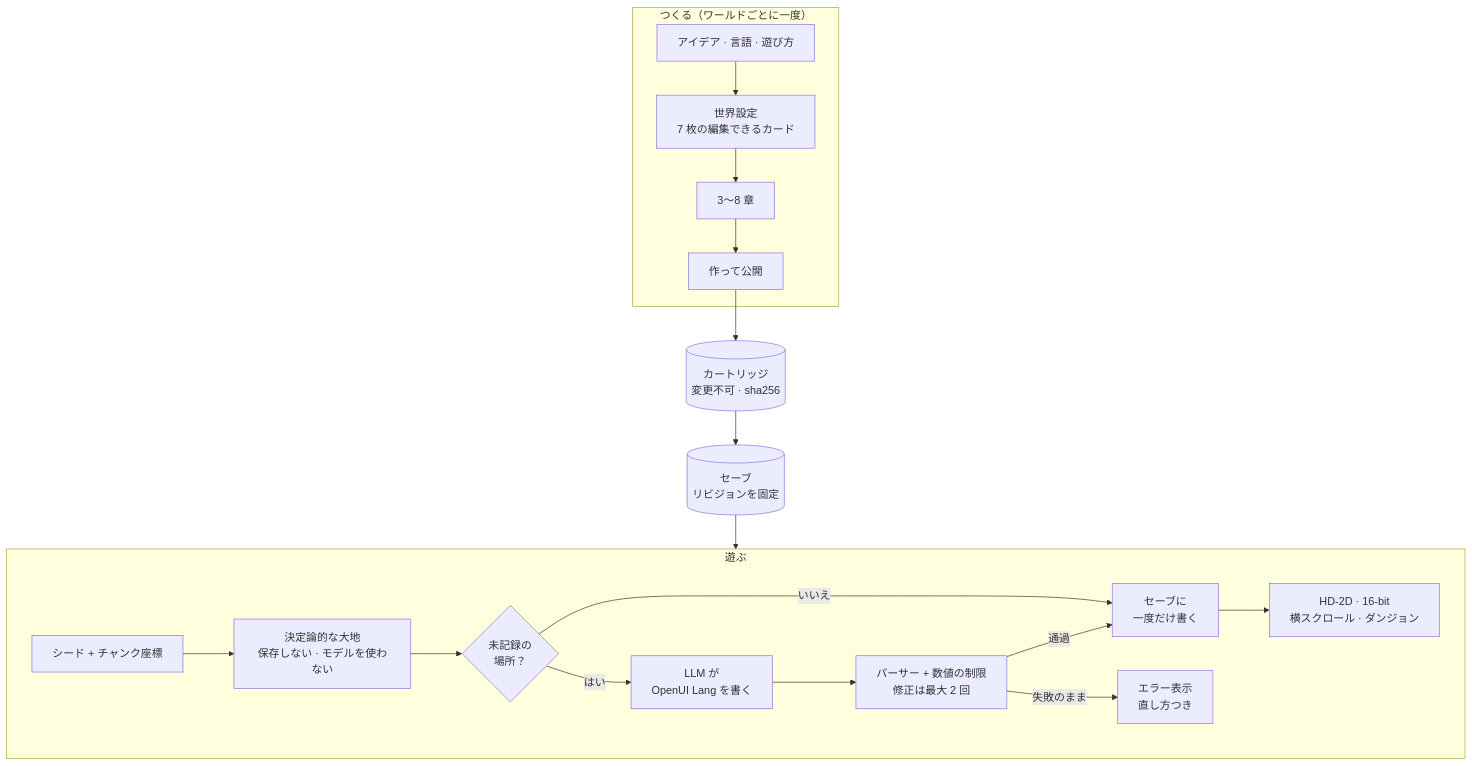
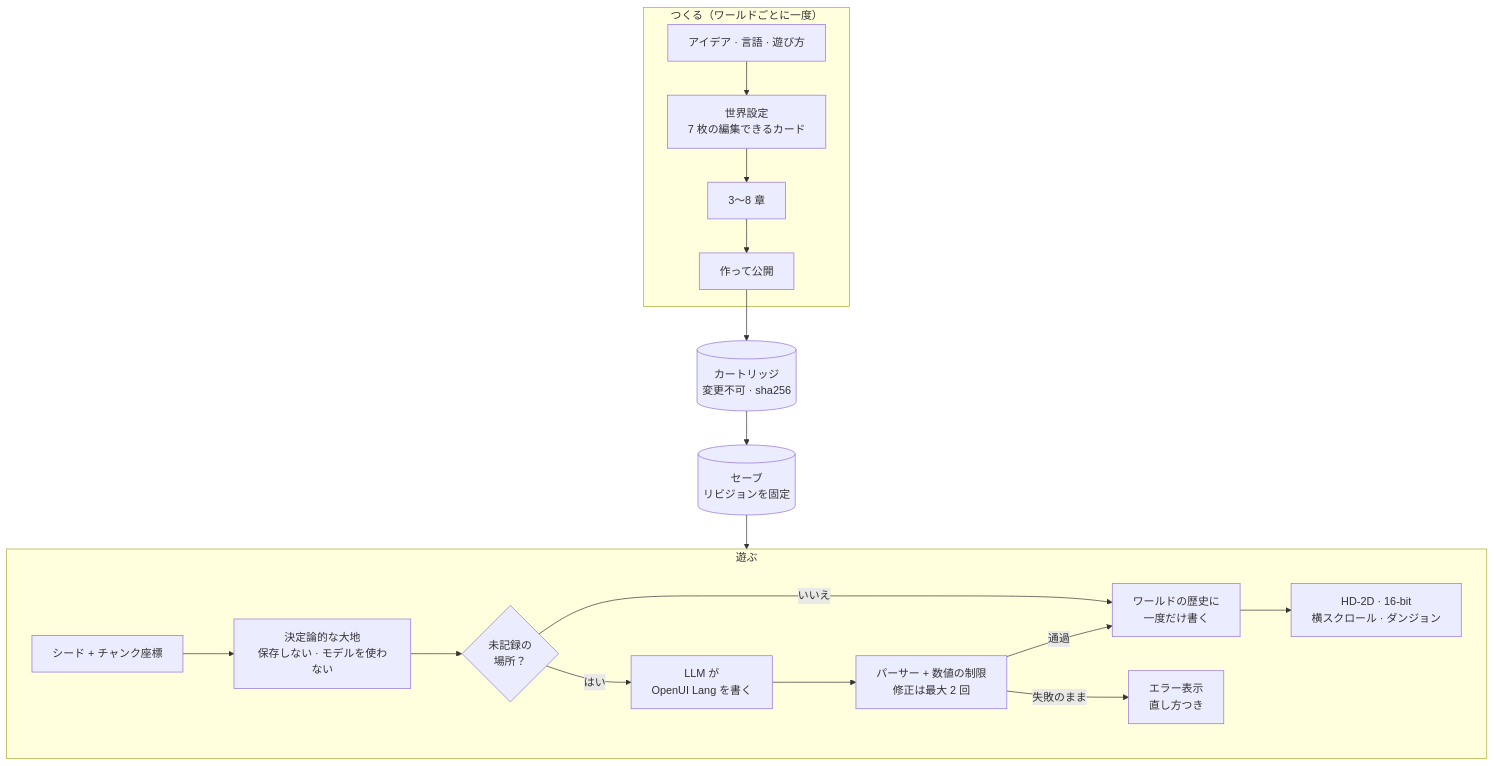
One commit to p2p-solidarity/unmapped changed the diagram in README.ja.md. Above: the diagram before and after it, drawn with Mermaid. The commit also changed other lines of this file and 5 other files, not shown here.

````diff
--- a/README.ja.md
+++ b/README.ja.md
@@ -192,22 +231,22 @@
 ```mermaid
 flowchart TB
   subgraph create["つくる（ワールドごとに一度）"]
     idea["アイデア · 言語 · 遊び方"] --> bible["世界設定<br/>7 枚の編集できるカード"]
     bible --> chapters["3〜8 章"]
     chapters --> build["作って公開"]
   end
   build --> cart[("カートリッジ<br/>変更不可 · sha256")]
   cart --> save[("セーブ<br/>リビジョンを固定")]
   subgraph play["遊ぶ"]
     direction LR
     seed["シード + チャンク座標"] --> land["決定論的な大地<br/>保存しない · モデルを使わない"]
     land --> first{"未記録の<br/>場所？"}
     first -- "はい" --> llm["LLM が<br/>OpenUI Lang を書く"]
     llm --> parser["パーサー + 数値の制限<br/>修正は最大 2 回"]
-    parser -- "通過" --> written["セーブに<br/>一度だけ書く"]
+    parser -- "通過" --> written["ワールドの歴史に<br/>一度だけ書く"]
     parser -- "失敗のまま" --> err["エラー表示<br/>直し方つき"]
     first -- "いいえ" --> written
     written --> draw["HD-2D · 16-bit<br/>横スクロール · ダンジョン"]
   end
   save --> play
 ```
````
